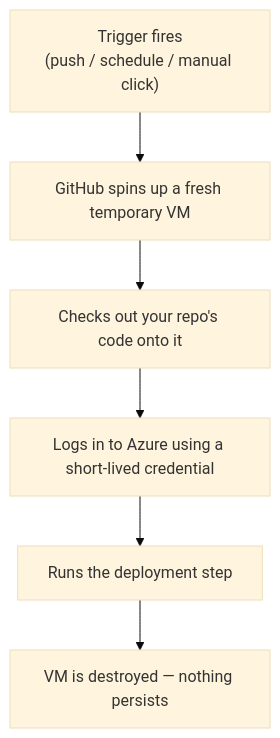
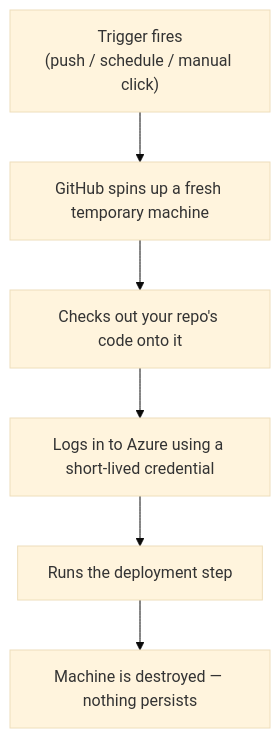
The second of 5 diagrams in docs/04_ARCHITECTURE.md (CCC-Consulting/digital-businesscard), drawn with Mermaid (base theme) before and after one commit. The commit also changed 3 other files, not shown here.

````diff
--- a/docs/04_ARCHITECTURE.md
+++ b/docs/04_ARCHITECTURE.md
@@ -30,8 +30,8 @@
 ```mermaid
 flowchart TD
-    A["Trigger fires<br/>(push / schedule / manual click)"] --> B["GitHub spins up a fresh temporary VM"]
+    A["Trigger fires<br/>(push / schedule / manual click)"] --> B["GitHub spins up a fresh temporary machine"]
     B --> C["Checks out your repo's code onto it"]
     C --> D["Logs in to Azure using a short-lived credential"]
     D --> E["Runs the deployment step"]
-    E --> F["VM is destroyed — nothing persists"]
+    E --> F["Machine is destroyed — nothing persists"]
 ```
````
